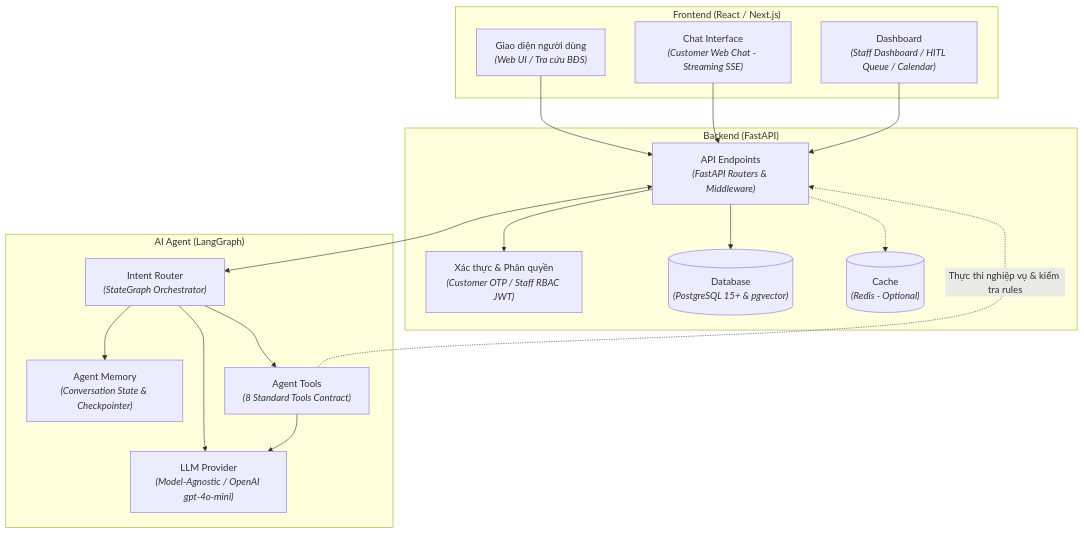
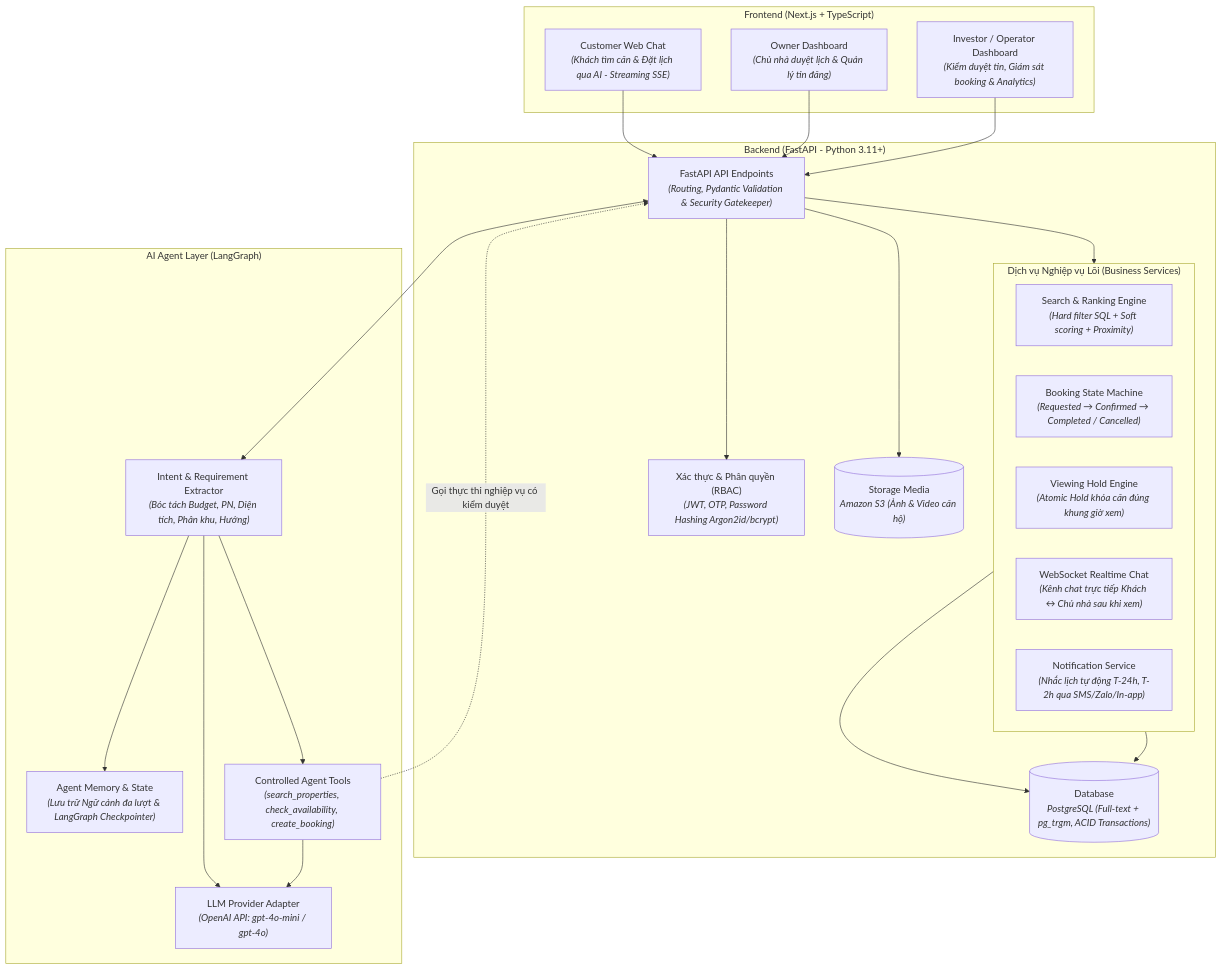
Before and after one commit to TaiHoang2501/P001: the diagram in DIagram/System Overview Diagram.md, drawn with Mermaid. The commit also changed other lines of this file and 11 other files, not shown here.

Commit message:
docs: align all diagrams, architecture, plan, tasks, backlog and claude with spec_updated v1.0

````diff
--- a/DIagram/System Overview Diagram.md
+++ b/DIagram/System Overview Diagram.md
@@ -5,56 +5,67 @@
 ```mermaid
 flowchart TD
     %% ==========================================
-    %% 1. FRONTEND LAYER
+    %% 1. FRONTEND LAYER (RESPONSIVE WEB)
     %% ==========================================
-    subgraph Frontend["Frontend (React / Next.js)"]
-        UI["Giao diện người dùng<br/><i>(Web UI / Tra cứu BĐS)</i>"]
-        CHAT["Chat Interface<br/><i>(Customer Web Chat - Streaming SSE)</i>"]
-        DASH["Dashboard<br/><i>(Staff Dashboard / HITL Queue / Calendar)</i>"]
+    subgraph Frontend["Frontend (Next.js + TypeScript)"]
+        UI["Customer Web Chat<br/><i>(Khách tìm căn & Đặt lịch qua AI - Streaming SSE)</i>"]
+        OWNER_UI["Owner Dashboard<br/><i>(Chủ nhà duyệt lịch & Quản lý tin đăng)</i>"]
+        ADMIN_UI["Investor / Operator Dashboard<br/><i>(Kiểm duyệt tin, Giám sát booking & Analytics)</i>"]
     end
 
     %% ==========================================
     %% 2. BACKEND LAYER (SOURCE OF TRUTH)
     %% ==========================================
-    subgraph Backend["Backend (FastAPI)"]
-        API["API Endpoints<br/><i>(FastAPI Routers & Middleware)</i>"]
-        AUTH["Xác thực & Phân quyền<br/><i>(Customer OTP / Staff RBAC JWT)</i>"]
-        DB[("Database<br/><i>(PostgreSQL 15+ & pgvector)</i>")]
-        CACHE[("Cache<br/><i>(Redis - Optional)</i>")]
+    subgraph Backend["Backend (FastAPI - Python 3.11+)"]
+        API["FastAPI API Endpoints<br/><i>(Routing, Pydantic Validation & Security Gatekeeper)</i>"]
+        AUTH["Xác thực & Phân quyền (RBAC)<br/><i>(JWT, OTP, Password Hashing Argon2id/bcrypt)</i>"]
+        
+        subgraph CoreServices["Dịch vụ Nghiệp vụ Lõi (Business Services)"]
+            SEARCH_ENG["Search & Ranking Engine<br/><i>(Hard filter SQL + Soft scoring + Proximity)</i>"]
+            BOOKING_SM["Booking State Machine<br/><i>(Requested → Confirmed → Completed / Cancelled)</i>"]
+            HOLD_ENG["Viewing Hold Engine<br/><i>(Atomic Hold khóa căn đúng khung giờ xem)</i>"]
+            WS_CHAT["WebSocket Realtime Chat<br/><i>(Kênh chat trực tiếp Khách ↔ Chủ nhà sau khi xem)</i>"]
+            NOTIFY_SVC["Notification Service<br/><i>(Nhắc lịch tự động T-24h, T-2h qua SMS/Zalo/In-app)</i>"]
+        end
+
+        DB[("Database<br/><i>PostgreSQL (Full-text + pg_trgm, ACID Transactions)</i>")]
+        MEDIA[("Storage Media<br/><i>Amazon S3 (Ảnh & Video căn hộ)</i>")]
     end
 
     %% ==========================================
     %% 3. AI AGENT LAYER (ORCHESTRATOR)
     %% ==========================================
-    subgraph Agent["AI Agent (LangGraph)"]
-        ROUTER["Intent Router<br/><i>(StateGraph Orchestrator)</i>"]
-        MEM["Agent Memory<br/><i>(Conversation State & Checkpointer)</i>"]
-        TOOLS["Agent Tools<br/><i>(8 Standard Tools Contract)</i>"]
-        LLM["LLM Provider<br/><i>(Model-Agnostic / OpenAI gpt-4o-mini)</i>"]
+    subgraph Agent["AI Agent Layer (LangGraph)"]
+        ROUTER["Intent & Requirement Extractor<br/><i>(Bóc tách Budget, PN, Diện tích, Phân khu, Hướng)</i>"]
+        MEM["Agent Memory & State<br/><i>(Lưu trữ Ngữ cảnh đa lượt & LangGraph Checkpointer)</i>"]
+        TOOLS["Controlled Agent Tools<br/><i>(search_properties, check_availability, create_booking)</i>"]
+        LLM["LLM Provider Adapter<br/><i>(OpenAI API: gpt-4o-mini / gpt-4o)</i>"]
     end
 
     %% ==========================================
-    %% CONNECTIONS (Theo đúng luồng mẫu)
+    %% CONNECTIONS & INTERACTIONS
     %% ==========================================
     %% Frontend -> Backend API Endpoints
     UI --> API
-    CHAT --> API
-    DASH --> API
+    OWNER_UI --> API
+    ADMIN_UI --> API
 
-    %% Backend API Endpoints nội bộ
+    %% Backend API liên kết với các Dịch vụ & Dữ liệu
     API --> AUTH
-    API --> DB
-    API -.-> CACHE
+    API --> CoreServices
+    CoreServices --> DB
+    API --> MEDIA
+    CoreServices --> DB
 
-    %% Backend <-> AI Agent
+    %% Giao tiếp giữa Backend và AI Agent
     API <--> ROUTER
 
-    %% Trong AI Agent (LangGraph)
+    %% Trong nội bộ AI Agent
     ROUTER --> MEM
     ROUTER --> TOOLS
     ROUTER --> LLM
     TOOLS --> LLM
 
-    %% Tool execution phản hồi về Backend để kiểm tra business rules
-    TOOLS -. "Thực thi nghiệp vụ & kiểm tra rules" .-> API
+    %% Tool execution: Agent gọi Tools -> Backend thực thi có kiểm soát
+    TOOLS -. "Gọi thực thi nghiệp vụ có kiểm duyệt" .-> API
 ```
````
